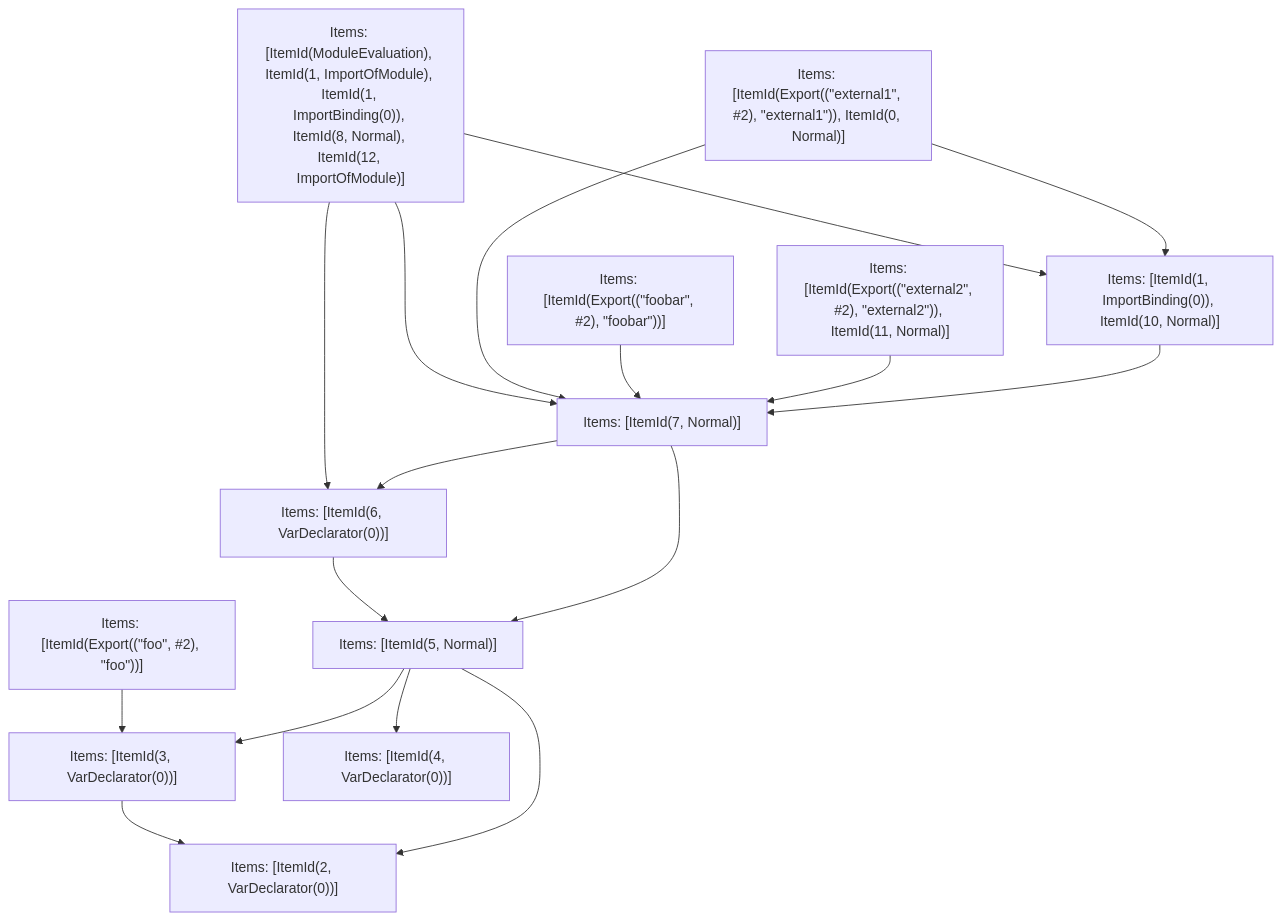
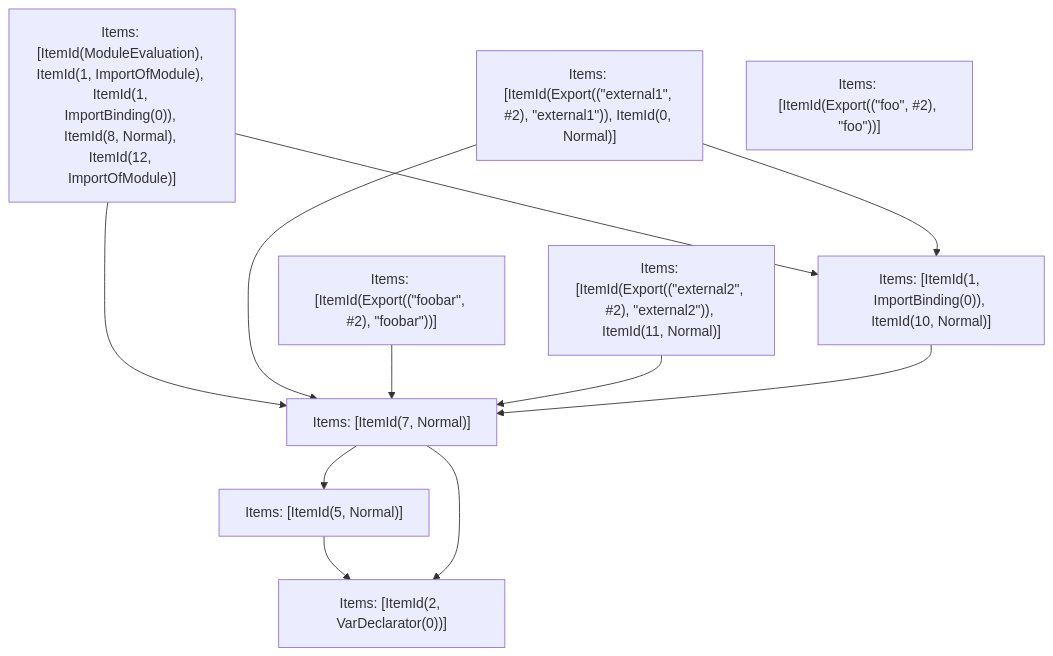
The fifth of 5 diagrams in crates/turbopack-ecmascript/tests/tree-shaker/analyzer/2/output.md (vercel/turborepo), drawn with Mermaid before and after one commit. The commit also changed other lines of this file and 20 other files, not shown here.

````diff
--- a/crates/turbopack-ecmascript/tests/tree-shaker/analyzer/2/output.md
+++ b/crates/turbopack-ecmascript/tests/tree-shaker/analyzer/2/output.md
@@ -338,31 +337,22 @@
 ```mermaid
 graph TD
     N0["Items: [ItemId(ModuleEvaluation), ItemId(1, ImportOfModule), ItemId(1, ImportBinding(0)), ItemId(8, Normal), ItemId(12, ImportOfModule)]"];
     N1["Items: [ItemId(Export((&quot;external1&quot;, #2), &quot;external1&quot;)), ItemId(0, Normal)]"];
     N2["Items: [ItemId(Export((&quot;foobar&quot;, #2), &quot;foobar&quot;))]"];
     N3["Items: [ItemId(Export((&quot;foo&quot;, #2), &quot;foo&quot;))]"];
     N4["Items: [ItemId(Export((&quot;external2&quot;, #2), &quot;external2&quot;)), ItemId(11, Normal)]"];
     N5["Items: [ItemId(2, VarDeclarator(0))]"];
-    N6["Items: [ItemId(3, VarDeclarator(0))]"];
-    N7["Items: [ItemId(4, VarDeclarator(0))]"];
-    N8["Items: [ItemId(5, Normal)]"];
-    N9["Items: [ItemId(6, VarDeclarator(0))]"];
-    N10["Items: [ItemId(7, Normal)]"];
-    N11["Items: [ItemId(1, ImportBinding(0)), ItemId(10, Normal)]"];
-    N0 --> N9;
-    N0 --> N11;
-    N0 --> N10;
-    N1 --> N11;
-    N1 --> N10;
-    N2 --> N10;
-    N3 --> N6;
-    N4 --> N10;
+    N6["Items: [ItemId(5, Normal)]"];
+    N7["Items: [ItemId(7, Normal)]"];
+    N8["Items: [ItemId(1, ImportBinding(0)), ItemId(10, Normal)]"];
+    N0 --> N8;
+    N0 --> N7;
+    N1 --> N8;
+    N1 --> N7;
+    N2 --> N7;
+    N4 --> N7;
     N6 --> N5;
+    N7 --> N6;
+    N7 --> N5;
     N8 --> N7;
-    N8 --> N5;
-    N8 --> N6;
-    N9 --> N8;
-    N10 --> N8;
-    N10 --> N9;
-    N11 --> N10;
 ```
````
